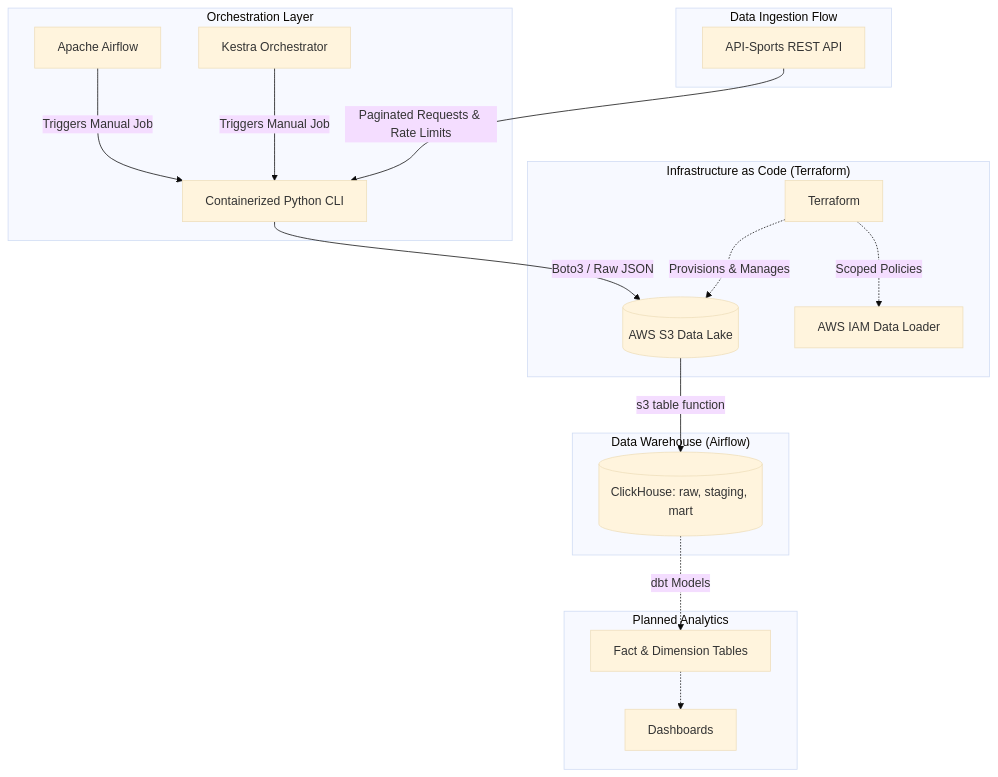
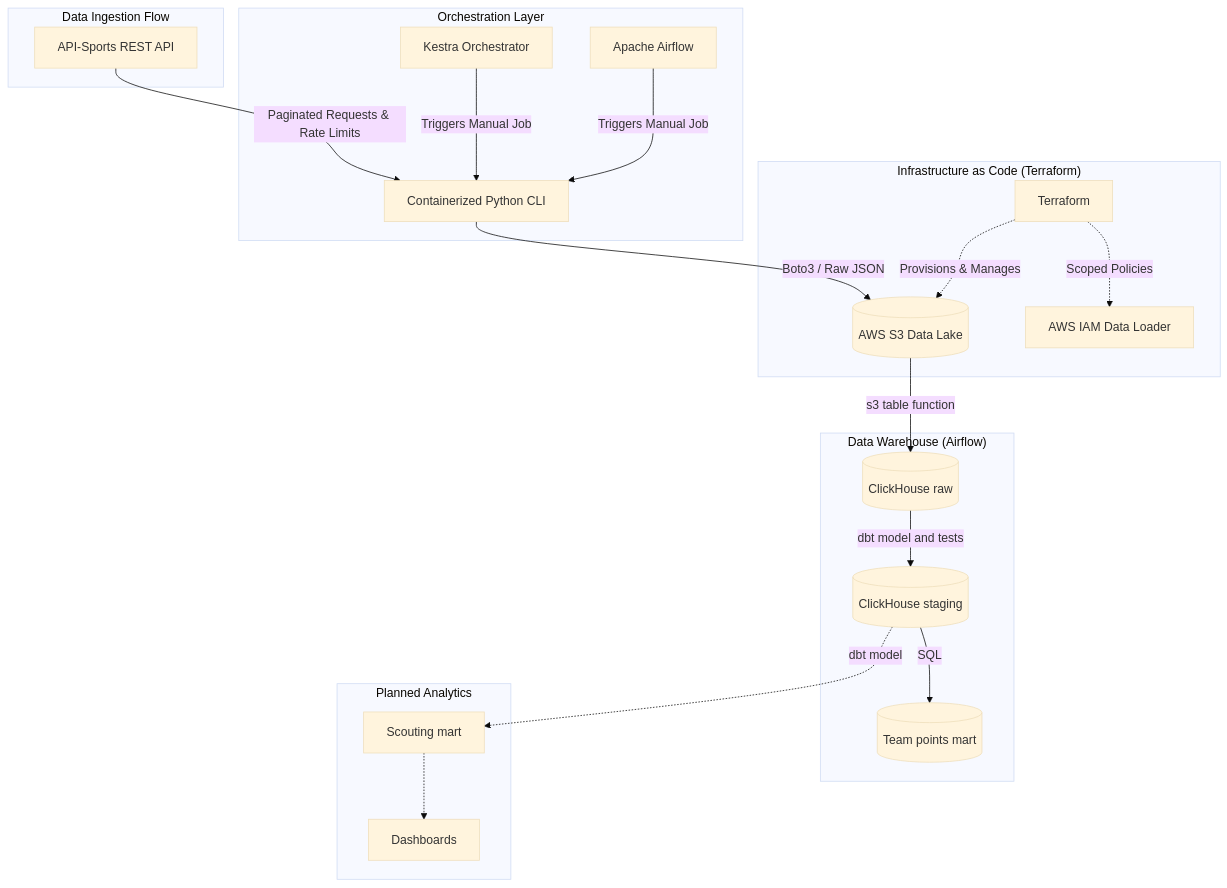
One commit to shdrn2402/football-data-pipeline changed the diagram in README.md. Above: the diagram before and after it, drawn with Mermaid (base theme). The commit also changed other lines of this file and 21 other files, not shown here.

Commit message:
feat: build fixtures staging with dbt

````diff
--- a/README.md
+++ b/README.md
@@ -18,26 +18,28 @@
 ```mermaid
 flowchart TD
     subgraph Infrastructure ["Infrastructure as Code (Terraform)"]
         TF[Terraform] -.->|Provisions & Manages| S3[(AWS S3 Data Lake)]
         TF -.->|Scoped Policies| IAM[AWS IAM Data Loader]
     end
 
     subgraph Orchestration ["Orchestration Layer"]
         Airflow[Apache Airflow] -->|Triggers Manual Job| IngestApp[Containerized Python CLI]
         Kestra[Kestra Orchestrator] -->|Triggers Manual Job| IngestApp
     end
 
     subgraph DataFlow ["Data Ingestion Flow"]
         API[API-Sports REST API] -->|Paginated Requests & Rate Limits| IngestApp
         IngestApp -->|Boto3 / Raw JSON| S3
     end
 
     subgraph Warehouse ["Data Warehouse (Airflow)"]
-        S3 -->|s3 table function| DWH[(ClickHouse: raw, staging, mart)]
+        S3 -->|s3 table function| Raw[(ClickHouse raw)]
+        Raw -->|dbt model and tests| Staging[(ClickHouse staging)]
+        Staging -->|SQL| Mart[(Team points mart)]
     end
 
     subgraph FutureScope ["Planned Analytics"]
-        DWH -.->|dbt Models| Marts[Fact & Dimension Tables]
-        Marts -.-> BI[Dashboards]
+        Staging -.->|dbt model| Scouting[Scouting mart]
+        Scouting -.-> BI[Dashboards]
     end
 ```
````
